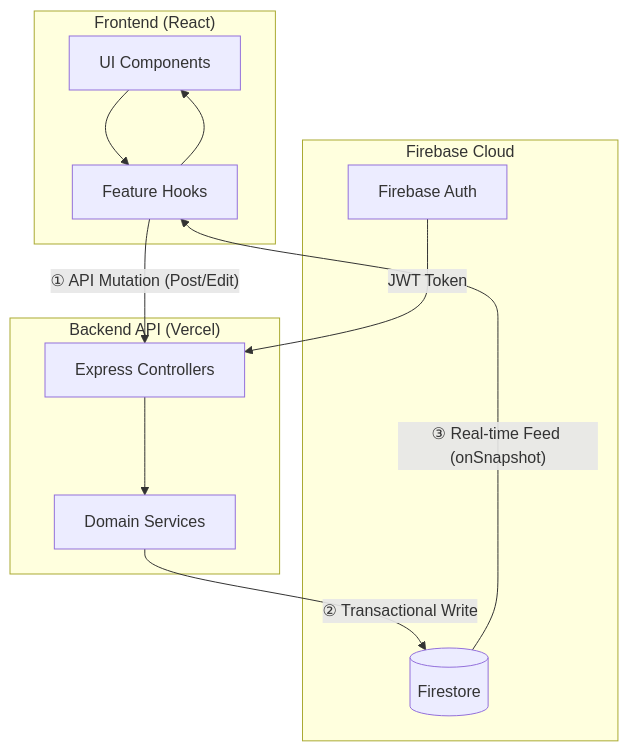
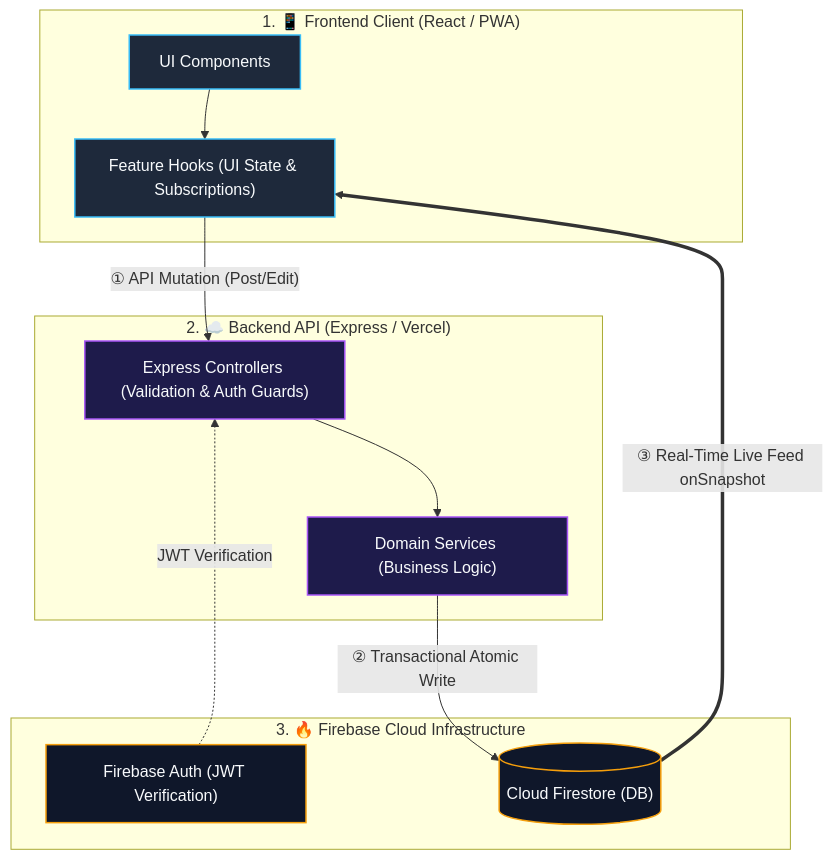
The diagram in docs/architecture.md (ScriptureHabit/scripture-habit), drawn with Mermaid before and after one commit. The commit also changed 9 other files, not shown here.

Commit message:
docs: optimize all wide Mermaid diagrams into readable vertical stacked layouts

````diff
--- a/docs/architecture.md
+++ b/docs/architecture.md
@@ -51,25 +51,27 @@
 ```mermaid
-graph TD
-    subgraph Frontend ["Frontend (React)"]
-        Component["UI Components"]
-        Hook["Feature Hooks"]
+flowchart TD
+    classDef fe fill:#1e293b,stroke:#38bdf8,stroke-width:1.5px,color:#f8fafc;
+    classDef be fill:#1e1b4b,stroke:#a855f7,stroke-width:1.5px,color:#f8fafc;
+    classDef fb fill:#0f172a,stroke:#f59e0b,stroke-width:1.5px,color:#f8fafc;
+
+    subgraph Frontend["1. 📱 Frontend Client (React / PWA)"]
+        Component["UI Components"]:::fe --> Hook["Feature Hooks (UI State & Subscriptions)"]:::fe
     end
 
-    subgraph Backend ["Backend API (Vercel)"]
-        API["Express Controllers"]
-        Service["Domain Services"]
+    subgraph Backend["2. ☁️ Backend API (Express / Vercel)"]
+        API["Express Controllers (Validation & Auth Guards)"]:::be --> Service["Domain Services (Business Logic)"]:::be
     end
 
-    subgraph Firebase ["Firebase Cloud"]
-        DB[("Firestore")]
-        Auth["Firebase Auth"]
+    subgraph Firebase["3. 🔥 Firebase Cloud Infrastructure"]
+        Auth["Firebase Auth (JWT Verification)"]:::fb
+        DB[("Cloud Firestore (DB)")]:::fb
     end
 
-    Component --> Hook
     Hook -- "① API Mutation (Post/Edit)" --> API
-    API --> Service
-    Service -- "② Transactional Write" --> DB
-    DB -- "③ Real-time Feed (onSnapshot)" --> Hook
-    Hook --> Component
-    Auth -- "JWT Token" --> API
+    Auth -. "JWT Verification" .-> API
+    Service -- "② Transactional Atomic Write" --> DB
+    DB ==>|③ Real-Time Live Feed onSnapshot| Hook
+
+    Frontend ~~~ Backend
+    Backend ~~~ Firebase
 ```
````
